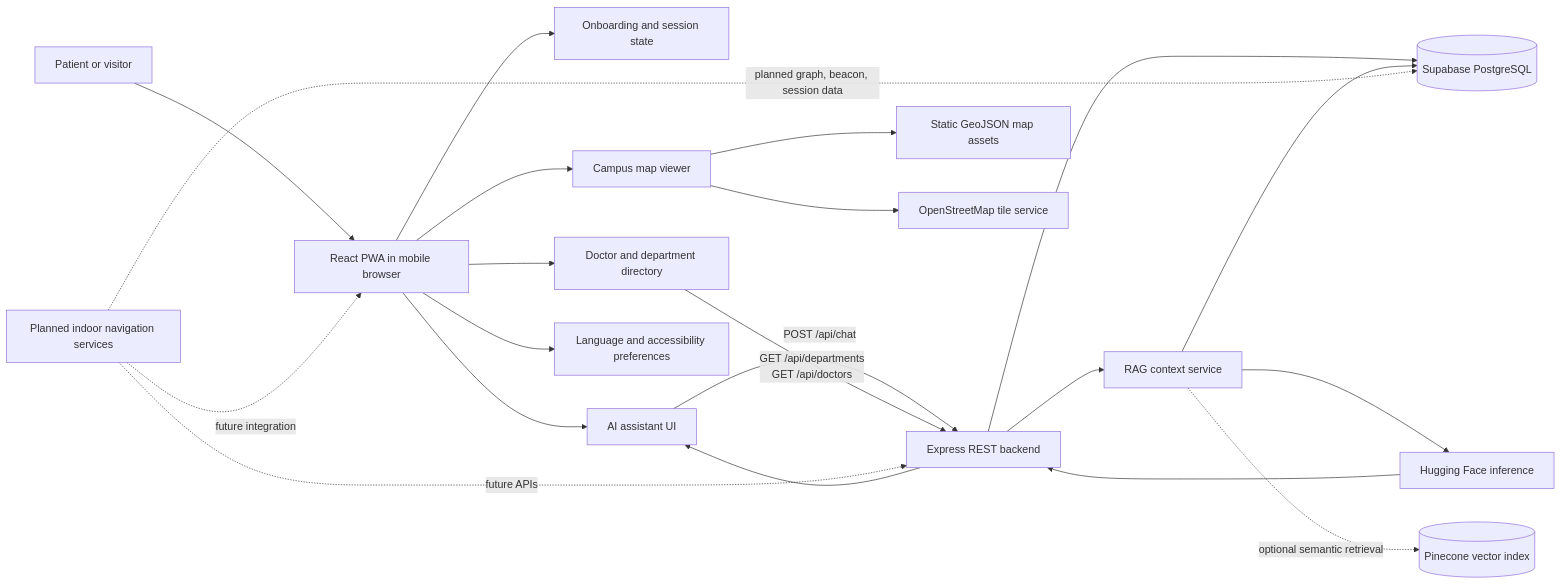
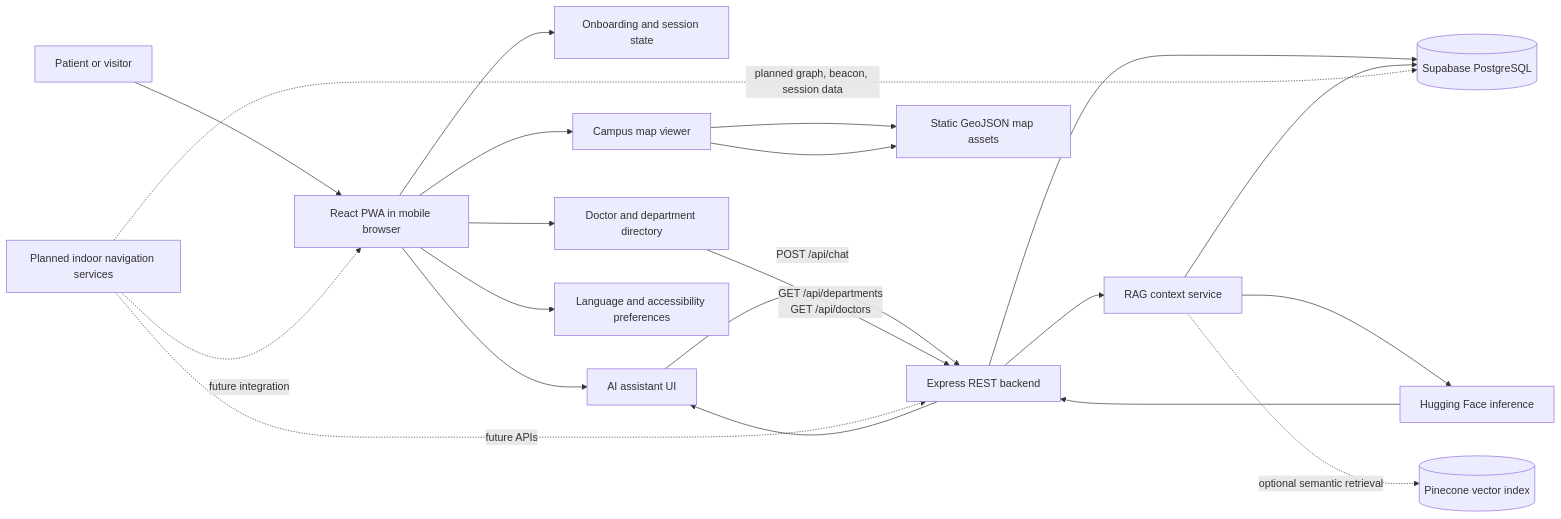
One commit to Kishore-R45/HospiGuide-AI changed the first of 8 diagrams in SYSTEM_ARCHITECTURE.md. Above: the diagram before and after it, drawn with Mermaid. The commit also changed other lines of this file and 1 other file, not shown here.

````diff
--- a/SYSTEM_ARCHITECTURE.md
+++ b/SYSTEM_ARCHITECTURE.md
@@ -55,26 +55,26 @@
 ```mermaid
 flowchart LR
     User[Patient or visitor] --> Browser[React PWA in mobile browser]
     Browser --> Onboarding[Onboarding and session state]
     Browser --> Assistant[AI assistant UI]
     Browser --> Directory[Doctor and department directory]
     Browser --> CampusMap[Campus map viewer]
     Browser --> Preferences[Language and accessibility preferences]
 
     Assistant -->|POST /api/chat| API[Express REST backend]
     Directory -->|GET /api/departments\nGET /api/doctors| API
     API --> Supabase[(Supabase PostgreSQL)]
     API --> RAG[RAG context service]
     RAG --> HF[Hugging Face inference]
     RAG -. optional semantic retrieval .-> Pinecone[(Pinecone vector index)]
     RAG --> Supabase
     HF --> API
     API --> Assistant
 
     CampusMap --> GeoJSON[Static GeoJSON map assets]
-    CampusMap --> OSM[OpenStreetMap tile service]
+    CampusMap --> GeoJSON
 
     Future[Planned indoor navigation services] -. future integration .-> Browser
     Future -. future APIs .-> API
     Future -. planned graph, beacon, session data .-> Supabase
 ```
````
